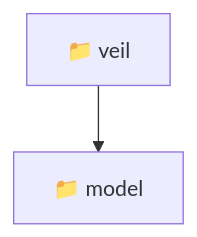
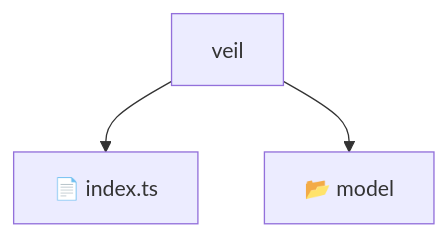
One commit to beginwebdev2002/fullstack-mavluda changed the diagram in frontend/src/features/veil/README.md. Above: the diagram before and after it, drawn with Mermaid. The commit also changed other lines of this file and 155 other files, not shown here.

````diff
--- a/frontend/src/features/veil/README.md
+++ b/frontend/src/features/veil/README.md
@@ -10,5 +14,6 @@
 ```mermaid
 graph TD
-  Root["📁 veil"]
-  Root --> model["📁 model"]
+    Root[veil]
+    Root --> F0[📄 index.ts]
+    Root --> F1[📂 model]
 ```
````
